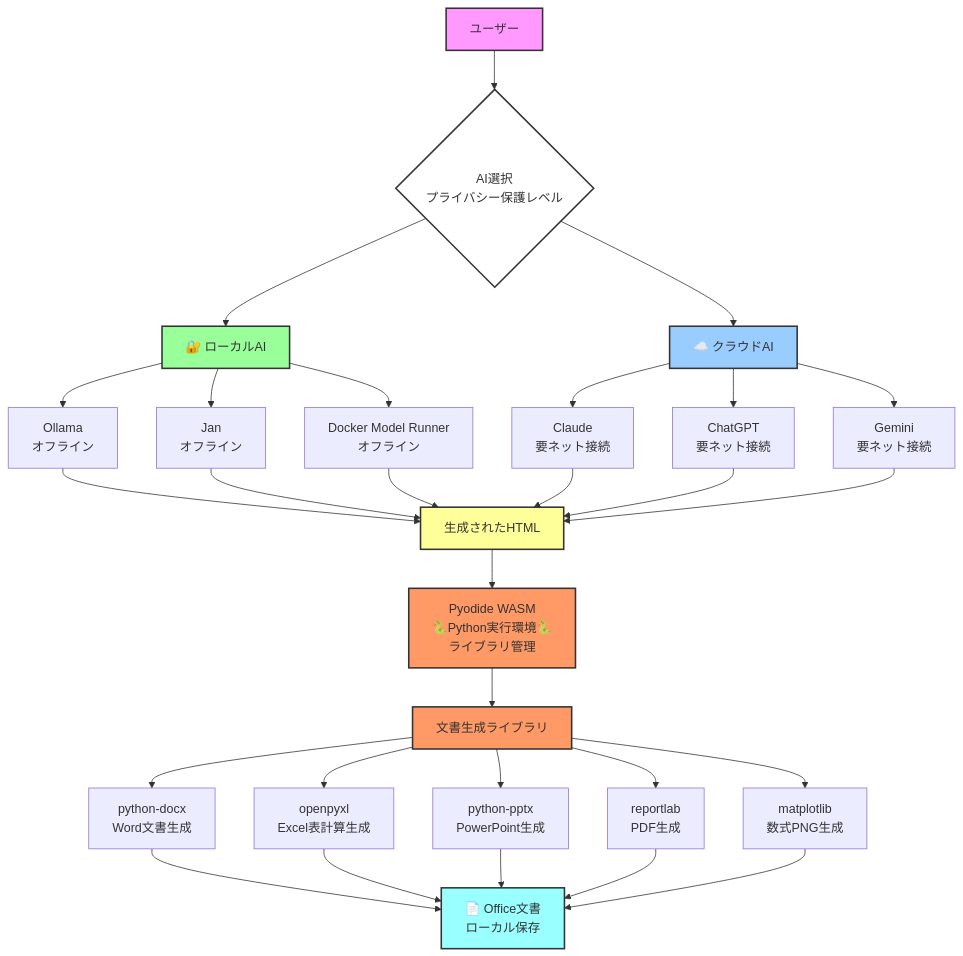
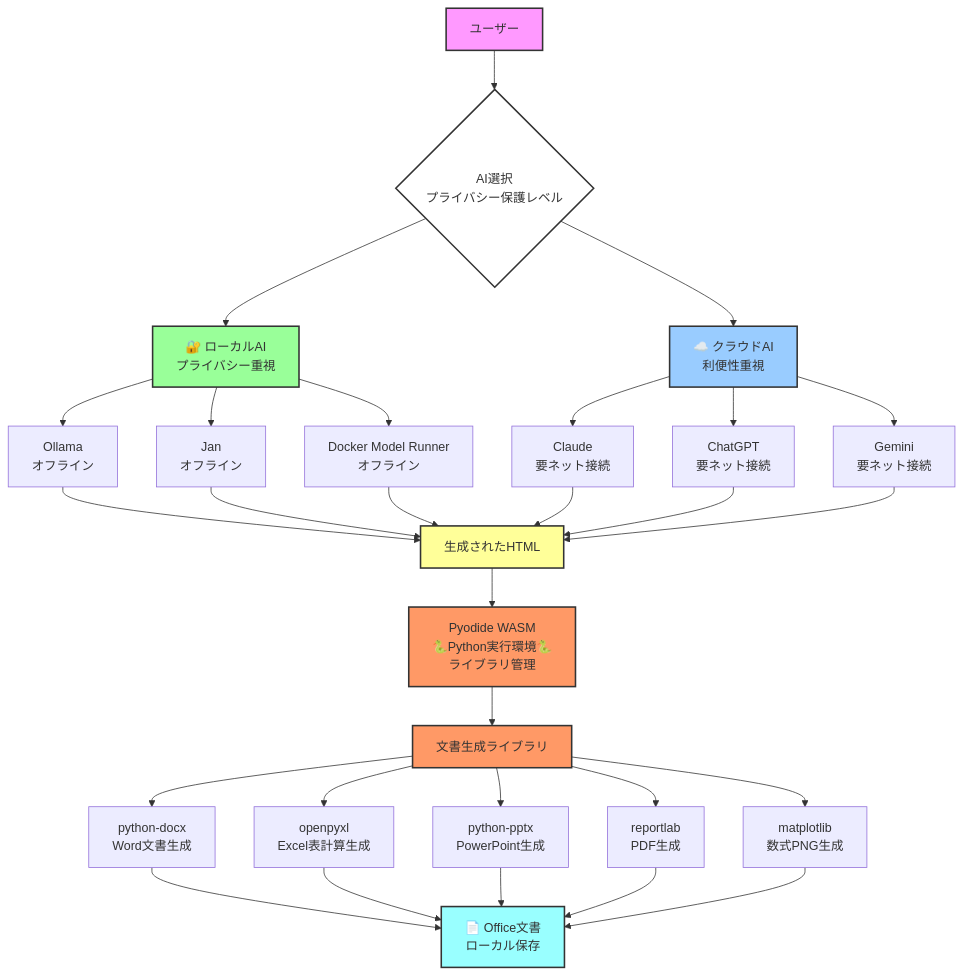
Before and after one commit to HarmoniaEpic/text-to-officefile-or-wasmapp-recipes: the fourth of 4 diagrams in README.md, drawn with Mermaid.

````diff
--- a/README.md
+++ b/README.md
@@ -444,46 +444,46 @@
 ```mermaid
 flowchart TD
     A[ユーザー] --> B{AI選択<br/>プライバシー保護レベル}
     
-    B --> C[🔐 ローカルAI]
-    B --> D[☁️ クラウドAI]
+    B --> C[🔐 ローカルAI<br/>プライバシー重視]
+    B --> D[☁️ クラウドAI<br/>利便性重視]
     
     C --> C1[Ollama<br/>オフライン]
     C --> C2[Jan<br/>オフライン]
     C --> C3[Docker Model Runner<br/>オフライン]
     
     D --> D1[Claude<br/>要ネット接続]
     D --> D2[ChatGPT<br/>要ネット接続]
     D --> D3[Gemini<br/>要ネット接続]
     
     C1 --> E[生成されたHTML]
     C2 --> E
     C3 --> E
     D1 --> E
     D2 --> E
     D3 --> E
     
     E --> F[Pyodide WASM<br/>🐍Python実行環境🐍<br/>ライブラリ管理]
     F --> G[文書生成ライブラリ]
     
     G --> G1[python-docx<br/>Word文書生成]
     G --> G2[openpyxl<br/>Excel表計算生成]
     G --> G3[python-pptx<br/>PowerPoint生成]
     G --> G4[reportlab<br/>PDF生成]
     G --> G5[matplotlib<br/>数式PNG生成]
     
     G1 --> H[📄 Office文書<br/>ローカル保存]
     G2 --> H
     G3 --> H
     G4 --> H
     G5 --> H
     
     style A fill:#f9f,stroke:#333,stroke-width:2px
     style B fill:#fff,stroke:#333,stroke-width:2px
     style C fill:#9f9,stroke:#333,stroke-width:2px
     style D fill:#9cf,stroke:#333,stroke-width:2px
     style E fill:#ff9,stroke:#333,stroke-width:2px
     style F fill:#f96,stroke:#333,stroke-width:2px
     style G fill:#f96,stroke:#333,stroke-width:2px
     style H fill:#9ff,stroke:#333,stroke-width:2px
 ```
````
